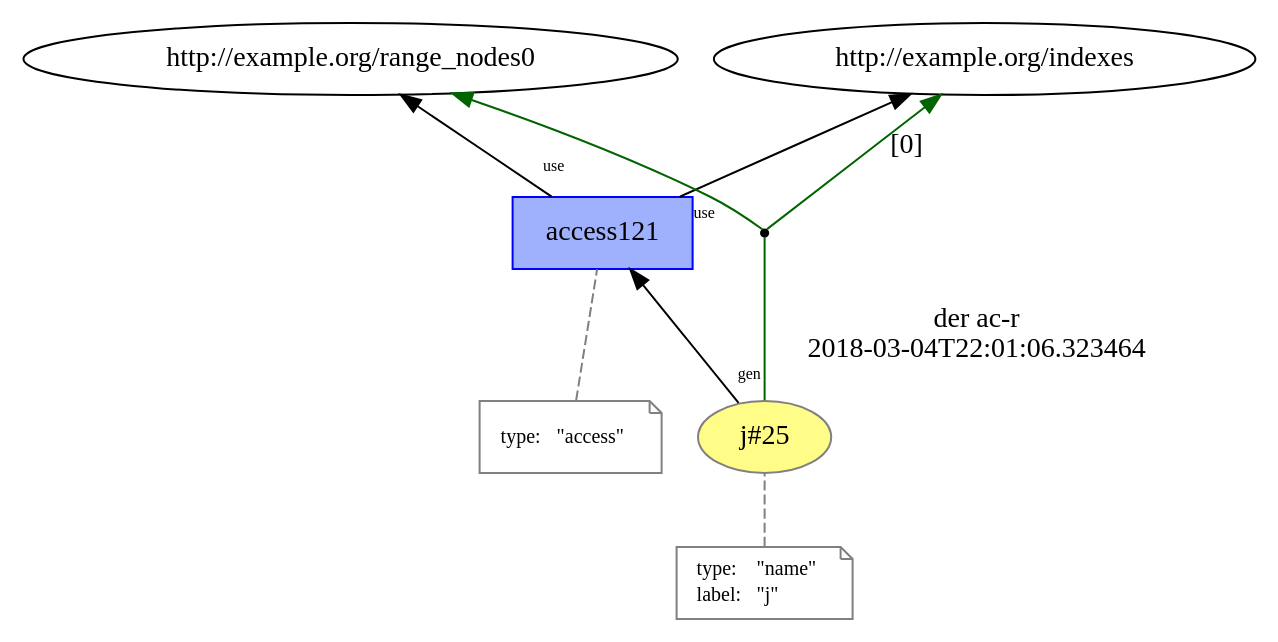
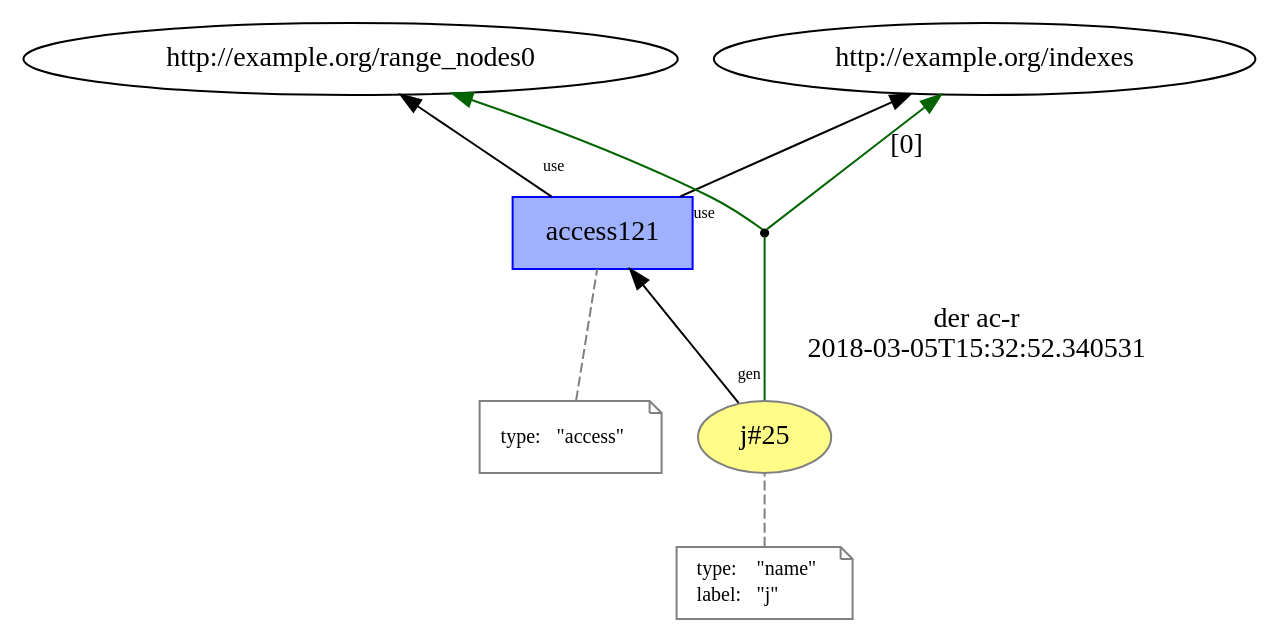
Before and after one commit to dew-uff/versioned-prov: the diagram in images/intertwined_prov/temp/L13__loop_access_25.dot, drawn with Graphviz. The commit also changed 1735 other files, not shown here.

```diff
--- a/images/intertwined_prov/temp/L13__loop_access_25.dot
+++ b/images/intertwined_prov/temp/L13__loop_access_25.dot
@@ -1,30 +1,30 @@
 digraph "PROV" { size="16,12"; rankdir="BT";
 "http://example.org/j#25" [fillcolor="#FFFC87",color="#808080",style="filled",label="j#25",URL="http://example.org/j#25"]
 "-attrs0" [color="gray",shape="note",fontsize="10",fontcolor="black",label=<<TABLE cellpadding="0" border="0">
 	<TR>
 	    <TD align="left">type:</TD>
 	    <TD align="left">&quot;name&quot;</TD>
 	</TR>
 	<TR>
 	    <TD align="left">label:</TD>
 	    <TD align="left">&quot;j&quot;</TD>
 	</TR>
 </TABLE>>]
 "-attrs0" -> "http://example.org/j#25" [color="gray",style="dashed",arrowhead="none"]
 "http://example.org/access121" [fillcolor="#9FB1FC",color="#0000FF",shape="polygon",sides="4",style="filled",label="access121",URL="http://example.org/access121"]
 "-attrs1" [color="gray",shape="note",fontsize="10",fontcolor="black",label=<<TABLE cellpadding="0" border="0">
 	<TR>
 	    <TD align="left">type:</TD>
 	    <TD align="left">&quot;access&quot;</TD>
 	</TR>
 </TABLE>>]
 "-attrs1" -> "http://example.org/access121" [color="gray",style="dashed",arrowhead="none"]
 "http://example.org/access121" -> "http://example.org/range_nodes0" [labelfontsize="8",labeldistance="1.5",labelangle="60.0",rotation="20",taillabel="use"]
 "bn0" [shape="point",label=""]
-"http://example.org/j#25" -> "bn0" [arrowhead="none",color="darkgreen",label="der ac-r
-2018-03-04T22:01:06.323464"]
+"http://example.org/j#25" -> "bn0" [arrowhead="none",label="der ac-r
+2018-03-05T15:32:52.340531",color="darkgreen"]
 "bn0" -> "http://example.org/indexes" [labelfontsize="8",labeldistance="1.5",color="darkgreen",labelangle="60.0",rotation="20",label="[0]"]
 "bn0" -> "http://example.org/range_nodes0" [color="darkgreen"]
 "http://example.org/j#25" -> "http://example.org/access121" [labelfontsize="8",labeldistance="1.5",labelangle="60.0",rotation="20",taillabel="gen"]
 "http://example.org/access121" -> "http://example.org/indexes" [labelfontsize="8",labeldistance="1.5",labelangle="60.0",rotation="20",taillabel="use"]
 }
```
